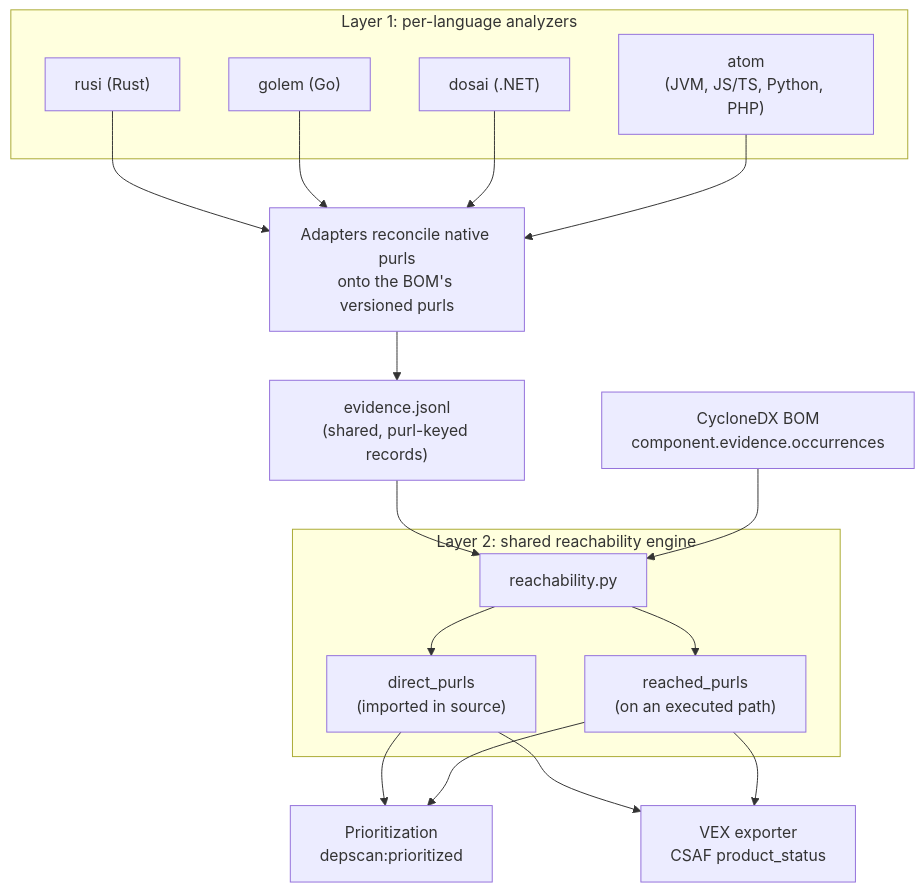
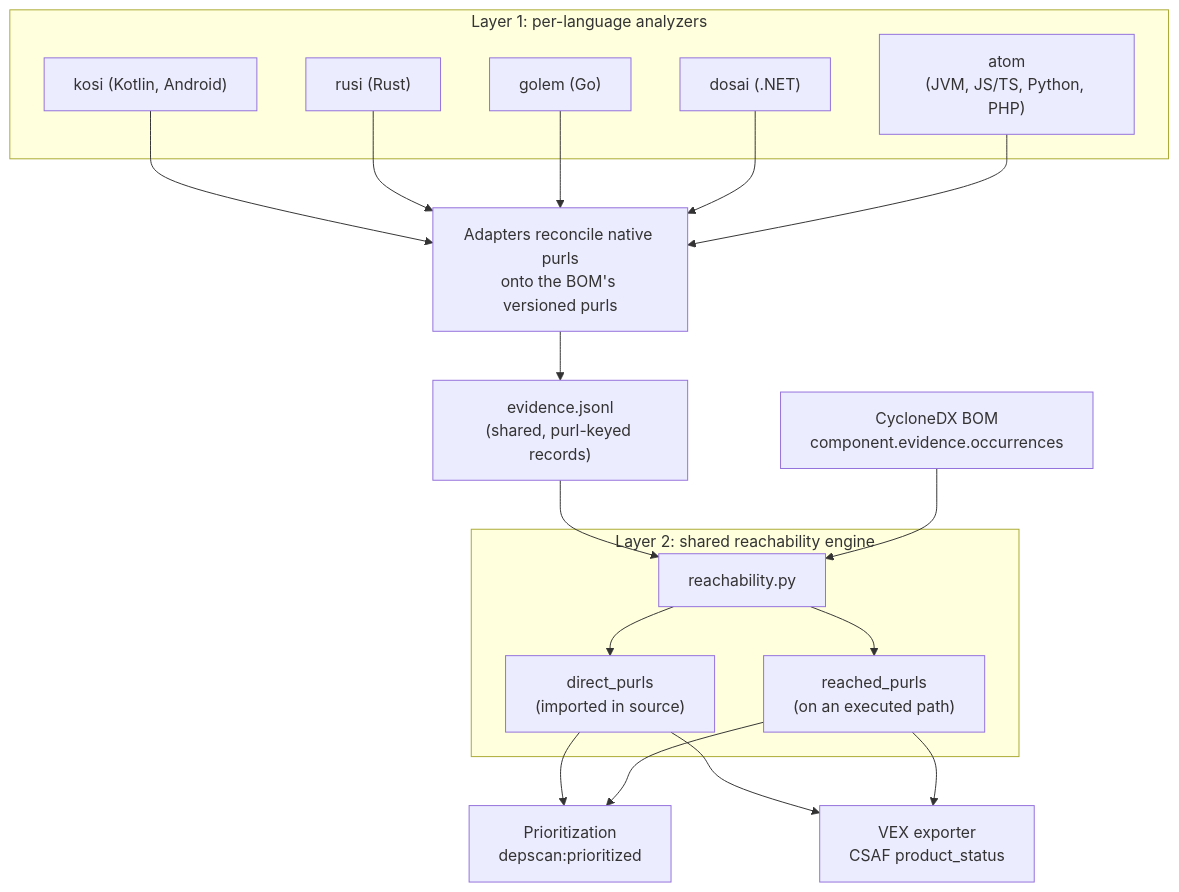
One commit to owasp-dep-scan/dep-scan changed the diagram in documentation/docs/concepts/reachability-model.mdx. Above: the diagram before and after it, drawn with Mermaid. The commit also changed other lines of this file and 13 other files, not shown here.

````diff
--- a/documentation/docs/concepts/reachability-model.mdx
+++ b/documentation/docs/concepts/reachability-model.mdx
@@ -27,33 +27,35 @@
 ```mermaid
 flowchart TD
     subgraph L1["Layer 1: per-language analyzers"]
         atom["atom<br/>(JVM, JS/TS, Python, PHP)"]
+        kosi["kosi (Kotlin, Android)"]
         rusi["rusi (Rust)"]
         golem["golem (Go)"]
         dosai["dosai (.NET)"]
     end
     conv["Adapters reconcile native purls<br/>onto the BOM's versioned purls"]
     slices["evidence.jsonl<br/>(shared, purl-keyed records)"]
     bom["CycloneDX BOM<br/>component.evidence.occurrences"]
     subgraph L2["Layer 2: shared reachability engine"]
         engine["reachability.py"]
         direct["direct_purls<br/>(imported in source)"]
         reached["reached_purls<br/>(on an executed path)"]
     end
     prio["Prioritization<br/>depscan:prioritized"]
     vex["VEX exporter<br/>CSAF product_status"]
 
+    kosi --> conv
     rusi --> conv
     golem --> conv
     dosai --> conv
     atom --> conv
     conv --> slices
     slices --> engine
     bom --> engine
     engine --> direct
     engine --> reached
     direct --> prio
     reached --> prio
     direct --> vex
     reached --> vex
 ```
````
